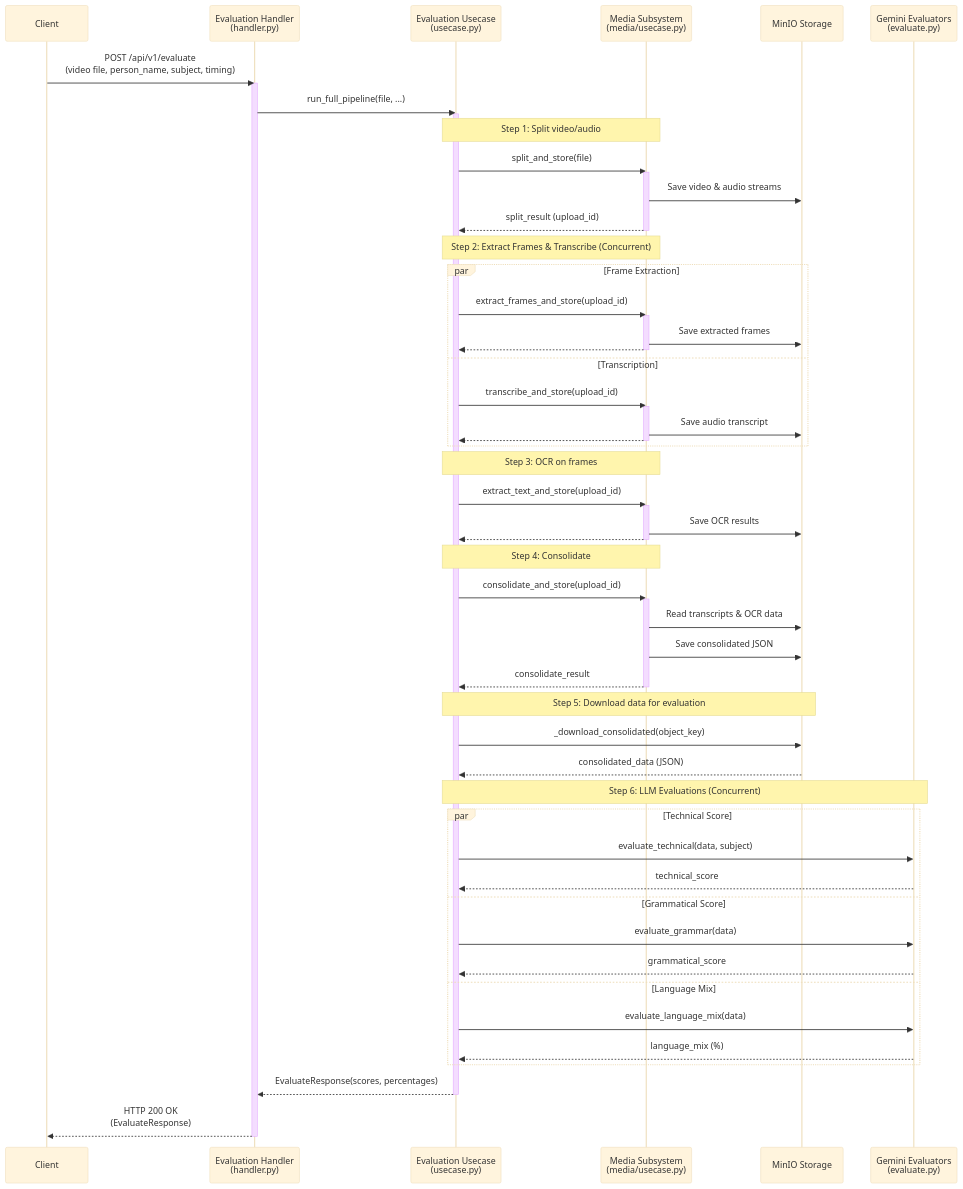
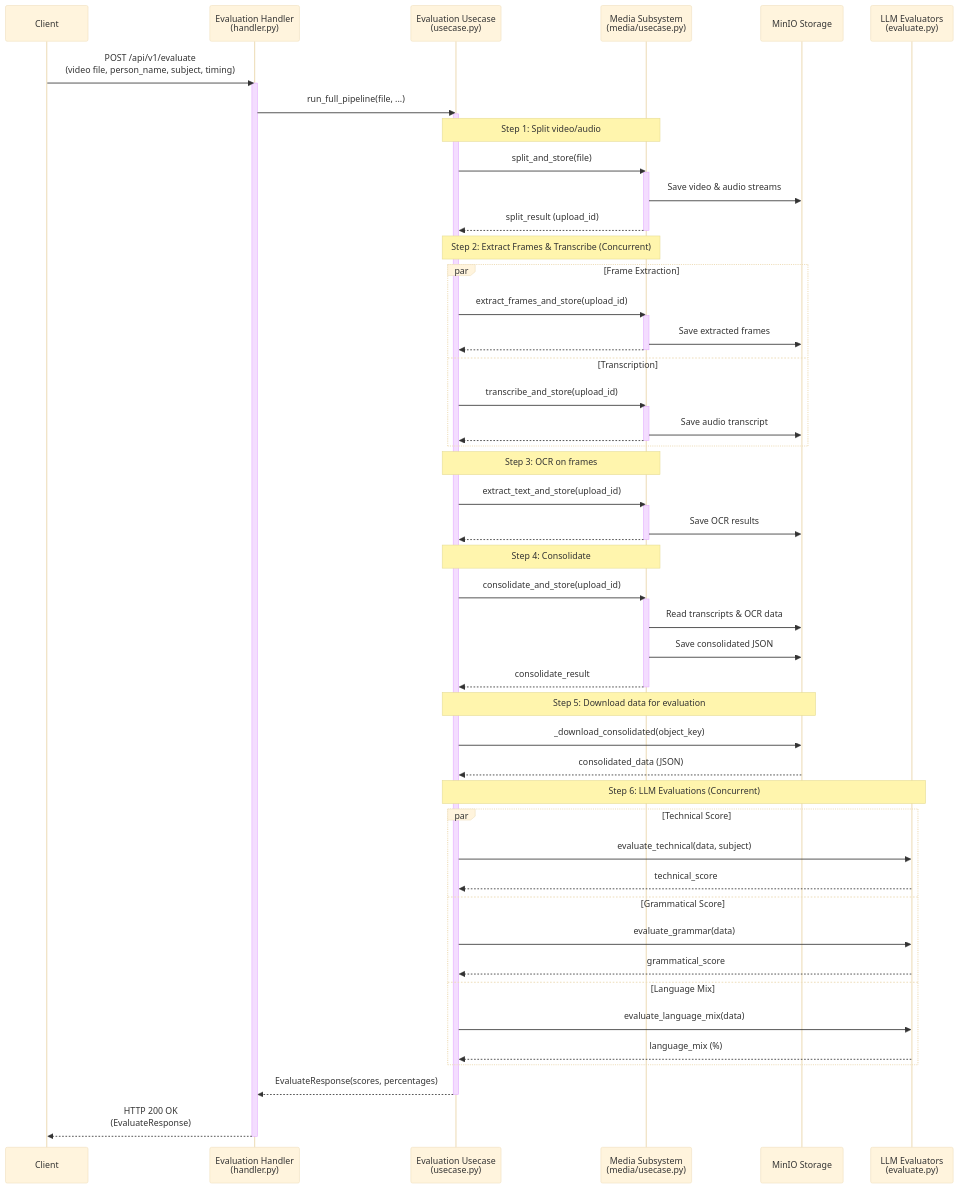
Before and after one commit to soorya38/Multimodal-Lecture-Evaluation-Pipeline: the diagram in README.md, drawn with Mermaid (base theme). The commit also changed other lines of this file and 13 other files, not shown here.

````diff
--- a/README.md
+++ b/README.md
@@ -19,74 +21,74 @@
 ```mermaid
 sequenceDiagram
     participant Client
     participant Handler as Evaluation Handler<br/>(handler.py)
     participant Usecase as Evaluation Usecase<br/>(usecase.py)
     participant Media as Media Subsystem<br/>(media/usecase.py)
     participant Storage as MinIO Storage
-    participant LLM as Gemini Evaluators<br/>(evaluate.py)
+    participant LLM as LLM Evaluators<br/>(evaluate.py)
 
     Client->>Handler: POST /api/v1/evaluate<br/>(video file, person_name, subject, timing)
     activate Handler
     
     Handler->>Usecase: run_full_pipeline(file, ...)
     activate Usecase
 
     Note over Usecase,Media: Step 1: Split video/audio
     Usecase->>Media: split_and_store(file)
     activate Media
     Media->>Storage: Save video & audio streams
     Media-->>Usecase: split_result (upload_id)
     deactivate Media
 
     Note over Usecase,Media: Step 2: Extract Frames & Transcribe (Concurrent)
     par Frame Extraction
         Usecase->>Media: extract_frames_and_store(upload_id)
         activate Media
         Media->>Storage: Save extracted frames
         Media-->>Usecase: 
         deactivate Media
     and Transcription
         Usecase->>Media: transcribe_and_store(upload_id)
         activate Media
         Media->>Storage: Save audio transcript
         Media-->>Usecase: 
         deactivate Media
     end
 
     Note over Usecase,Media: Step 3: OCR on frames
     Usecase->>Media: extract_text_and_store(upload_id)
     activate Media
     Media->>Storage: Save OCR results
     Media-->>Usecase: 
     deactivate Media
 
     Note over Usecase,Media: Step 4: Consolidate
     Usecase->>Media: consolidate_and_store(upload_id)
     activate Media
     Media->>Storage: Read transcripts & OCR data
     Media->>Storage: Save consolidated JSON
     Media-->>Usecase: consolidate_result
     deactivate Media
 
     Note over Usecase,Storage: Step 5: Download data for evaluation
     Usecase->>Storage: _download_consolidated(object_key)
     Storage-->>Usecase: consolidated_data (JSON)
 
     Note over Usecase,LLM: Step 6: LLM Evaluations (Concurrent)
     par Technical Score
         Usecase->>LLM: evaluate_technical(data, subject)
         LLM-->>Usecase: technical_score
     and Grammatical Score
         Usecase->>LLM: evaluate_grammar(data)
         LLM-->>Usecase: grammatical_score
     and Language Mix
         Usecase->>LLM: evaluate_language_mix(data)
         LLM-->>Usecase: language_mix (%)
     end
 
     Usecase-->>Handler: EvaluateResponse(scores, percentages)
     deactivate Usecase
     
     Handler-->>Client: HTTP 200 OK<br/>(EvaluateResponse)
     deactivate Handler
 ```
````
